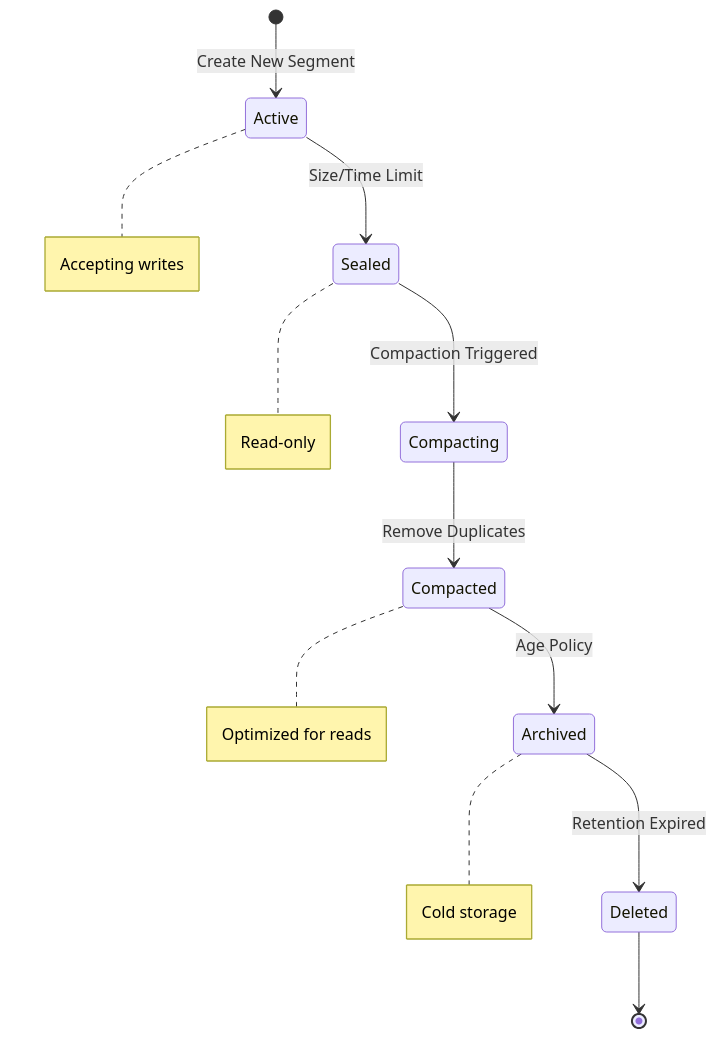
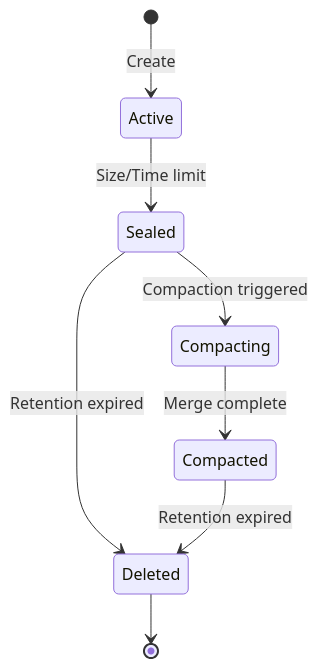
The third of 5 diagrams in docs/pattern-library/data-management/segmented-log.md (deepaucksharma/DStudio), drawn with Mermaid before and after one commit. The commit also changed other lines of this file and 64 other files, not shown here.

````diff
--- a/docs/pattern-library/data-management/segmented-log.md
+++ b/docs/pattern-library/data-management/segmented-log.md
@@ -82,15 +148,10 @@
 ```mermaid
 stateDiagram-v2
- [*] --> Active: Create New Segment
- Active --> Sealed: Size/Time Limit
- Sealed --> Compacting: Compaction Triggered
- Compacting --> Compacted: Remove Duplicates
- Compacted --> Archived: Age Policy
- Archived --> Deleted: Retention Expired
- Deleted --> [*]
- 
- note right of Active: Accepting writes
- note right of Sealed: Read-only
- note right of Compacted: Optimized for reads
- note right of Archived: Cold storage
+    [*] --> Active: Create
+    Active --> Sealed: Size/Time limit
+    Sealed --> Compacting: Compaction triggered
+    Compacting --> Compacted: Merge complete
+    Sealed --> Deleted: Retention expired
+    Compacted --> Deleted: Retention expired
+    Deleted --> [*]
 ```
````
